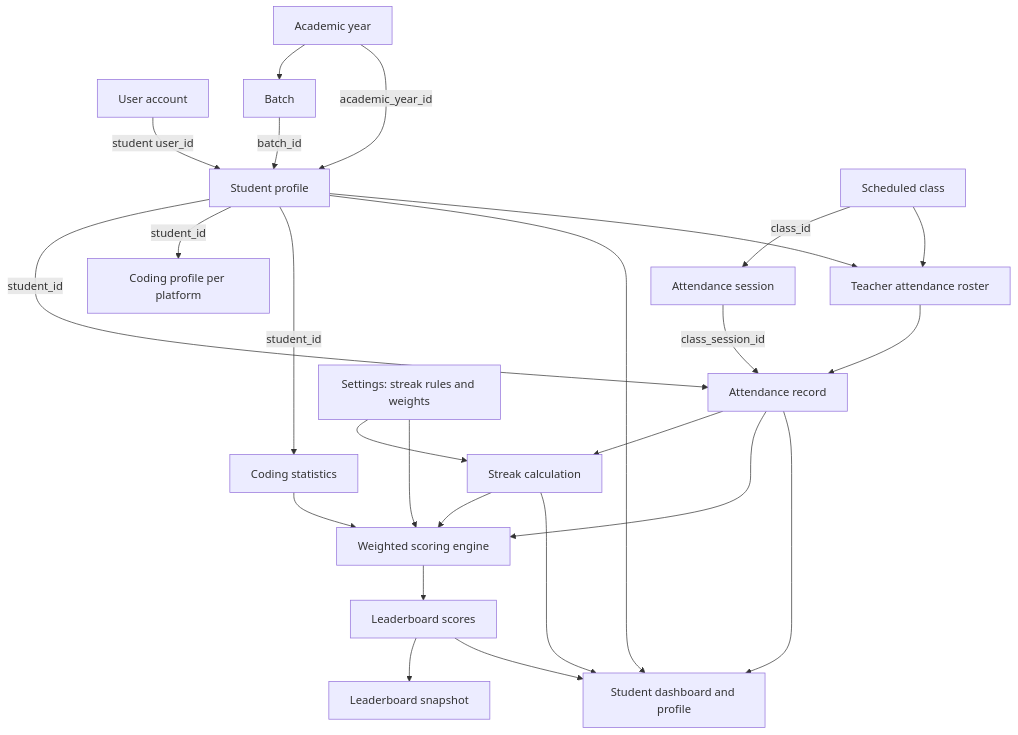
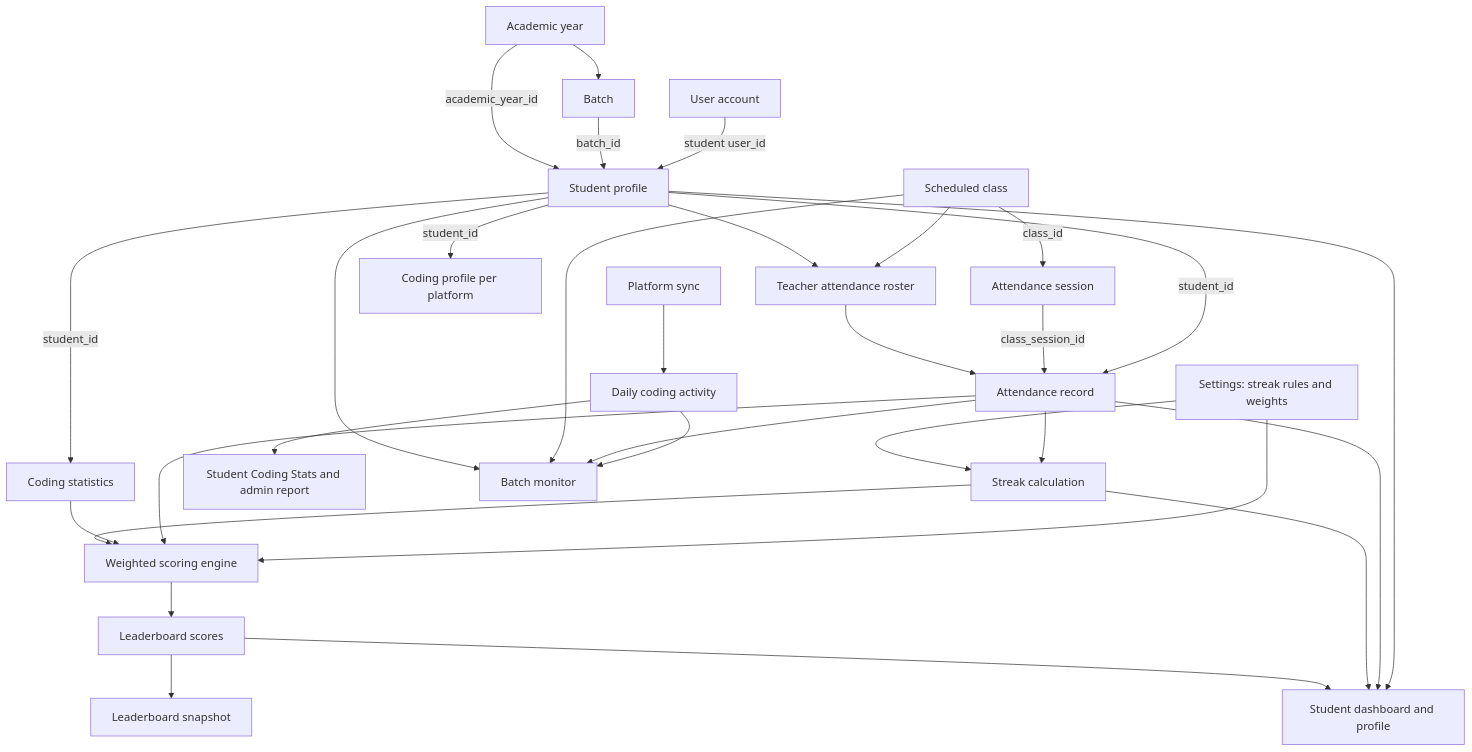
Before and after one commit to light-5513/thub_gu_lms: the second of 4 diagrams in docs/KNOWLEDGE_GRAPH.md, drawn with Mermaid. The commit also changed other lines of this file and 26 other files, not shown here.

````diff
--- a/docs/KNOWLEDGE_GRAPH.md
+++ b/docs/KNOWLEDGE_GRAPH.md
@@ -55,27 +59,33 @@
 ```mermaid
 flowchart TD
   User[User account] -->|student user_id| Student[Student profile]
   Year[Academic year] --> Batch[Batch]
   Batch -->|batch_id| Student
   Year -->|academic_year_id| Student
   Student -->|student_id| Attendance[Attendance record]
   Class[Scheduled class] -->|class_id| Session[Attendance session]
   Session -->|class_session_id| Attendance
   Attendance --> Streak[Streak calculation]
   Rule[Settings: streak rules and weights] --> Streak
   Rule --> Scoring[Weighted scoring engine]
   Attendance --> Scoring
   CodingStats[Coding statistics] --> Scoring
+  CodingSync[Platform sync] --> CodingActivity[Daily coding activity]
   Streak --> Scoring
   Student -->|student_id| CodingProfile[Coding profile per platform]
   Student -->|student_id| CodingStats
   Scoring --> Scores[Leaderboard scores]
   Scores --> Snapshot[Leaderboard snapshot]
   Student --> Dashboard[Student dashboard and profile]
+  CodingActivity --> CodingStatsPage[Student Coding Stats and admin report]
+  CodingActivity --> BatchMonitor[Batch monitor]
+  Attendance --> BatchMonitor
+  Class --> BatchMonitor
+  Student --> BatchMonitor
   Attendance --> Dashboard
   Streak --> Dashboard
   Scores --> Dashboard
   Class --> Roster[Teacher attendance roster]
   Student --> Roster
   Roster --> Attendance
 ```
````
